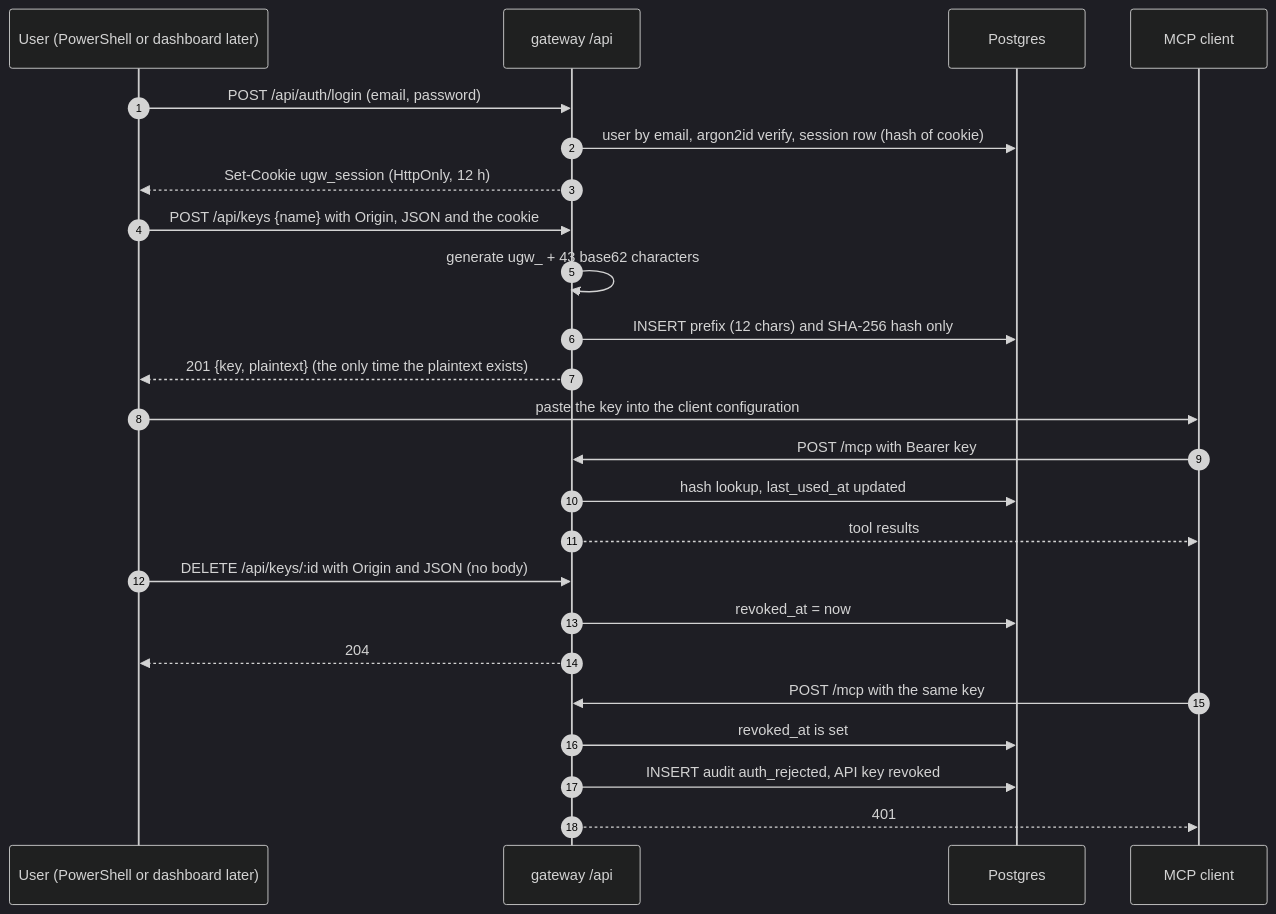
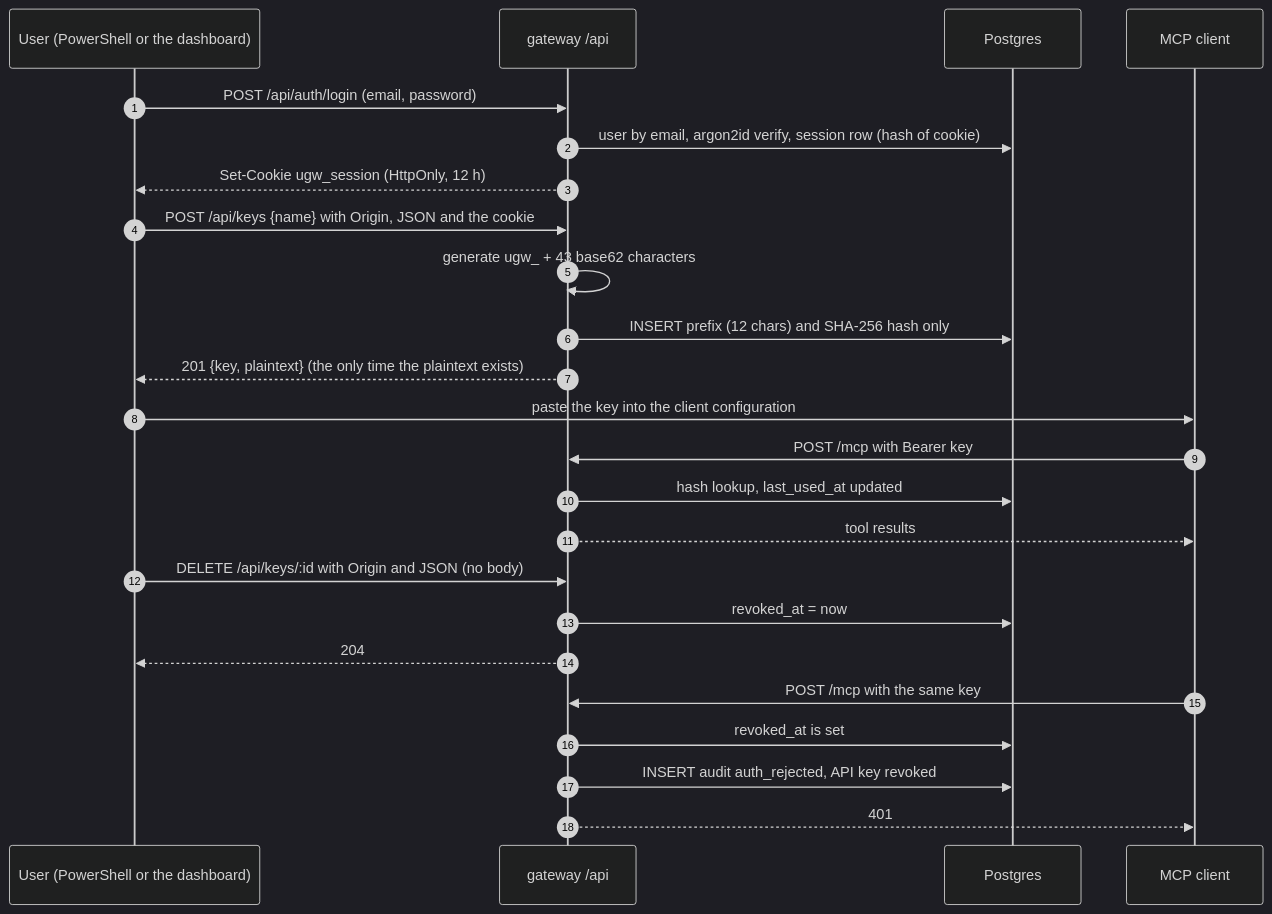
The tenth of 17 diagrams in docs/workflows.md (tushar66sharma/MCP-Gateway-on-Kubernetes), drawn with Mermaid (dark theme) before and after one commit. The commit also changed other lines of this file and 2 other files, not shown here.

Commit message:
docs: add dashboard and chat workflow diagrams with failure tables

````diff
--- a/docs/workflows.md
+++ b/docs/workflows.md
@@ -543,27 +543,27 @@
 ```mermaid
 sequenceDiagram
     autonumber
-    participant U as User (PowerShell or dashboard later)
+    participant U as User (PowerShell or the dashboard)
     participant API as gateway /api
     participant DB as Postgres
     participant C as MCP client
 
     U->>API: POST /api/auth/login (email, password)
     API->>DB: user by email, argon2id verify, session row (hash of cookie)
     API-->>U: Set-Cookie ugw_session (HttpOnly, 12 h)
     U->>API: POST /api/keys {name} with Origin, JSON and the cookie
     API->>API: generate ugw_ + 43 base62 characters
     API->>DB: INSERT prefix (12 chars) and SHA-256 hash only
     API-->>U: 201 {key, plaintext} (the only time the plaintext exists)
     U->>C: paste the key into the client configuration
     C->>API: POST /mcp with Bearer key
     API->>DB: hash lookup, last_used_at updated
     API-->>C: tool results
     U->>API: DELETE /api/keys/:id with Origin and JSON (no body)
     API->>DB: revoked_at = now
     API-->>U: 204
     C->>API: POST /mcp with the same key
     API->>DB: revoked_at is set
     API->>DB: INSERT audit auth_rejected, API key revoked
     API-->>C: 401
 ```
````
